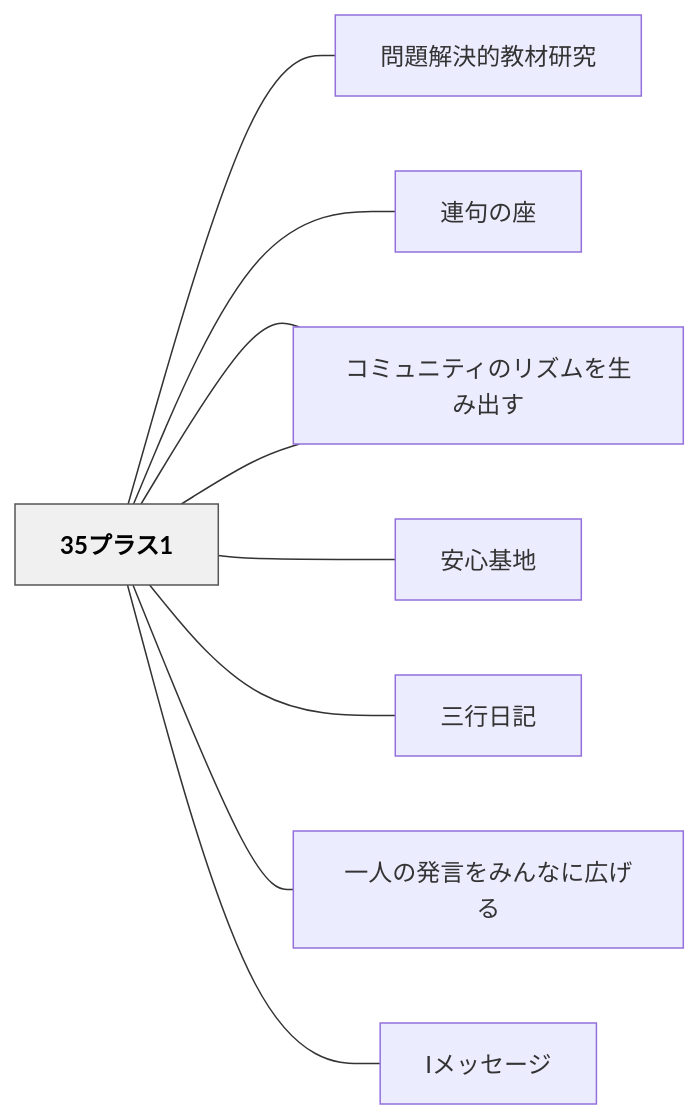
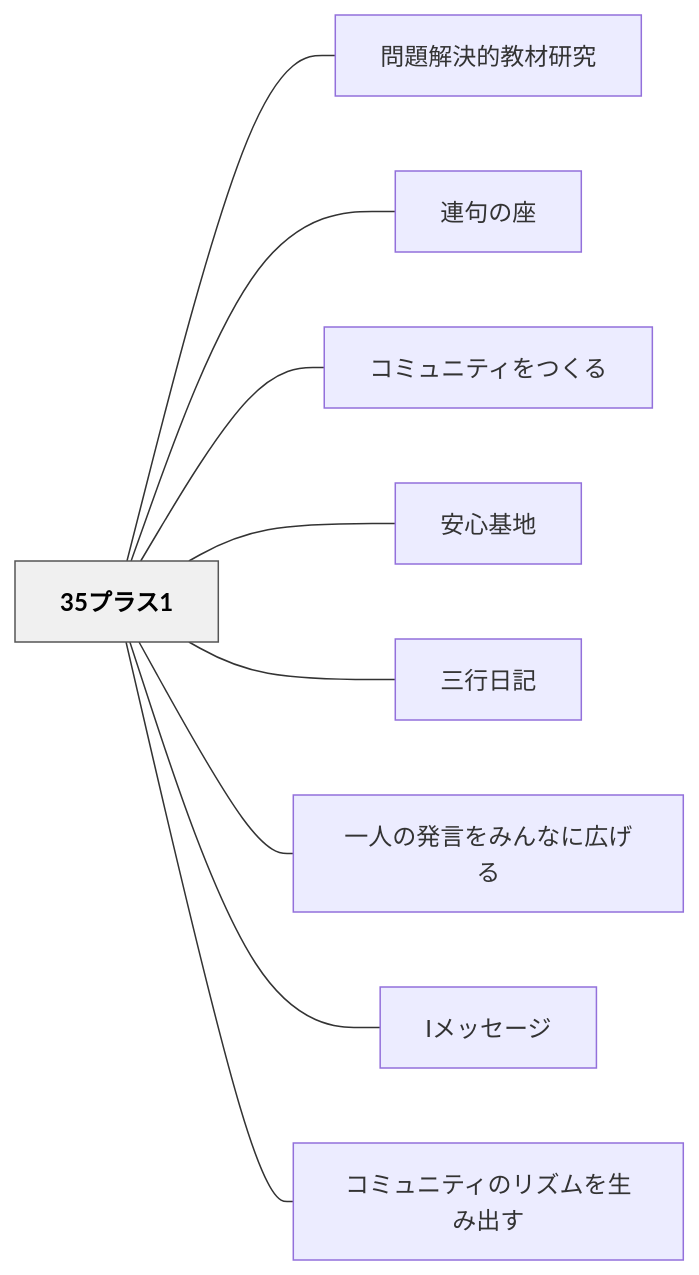
Before and after one commit to unknownthings-ed-patterns/unknownthings-ed-patterns: the diagram in content/パタン/35プラス1.md, drawn with Mermaid. The commit also changed 527 other files, not shown here.

````diff
--- a/content/パタン/35プラス1.md
+++ b/content/パタン/35プラス1.md
@@ -81,24 +81,24 @@
 ```mermaid
 flowchart LR
-    n3335e38397e3["35プラス1"]
-    ne5958fe9a18c["問題解決的教材研究"]
-    ne980a3e58fa5["連句の座"]
-    ne382b3e3839f["コミュニティをつくる"]
-    ne5ae89e5bf83["安心基地"]
-    ne4b889e8a18c["三行日記"]
-    ne4b880e4baba["一人の発言をみんなに広げる"]
-    n49e383a1e383["Iメッセージ"]
-    ne382b3e3839f["コミュニティのリズムを生み出す"]
+    n3335e38397e383a9e382b931["35プラス1"]
+    ne5958fe9a18ce8a7a3e6b1bae79a84e69599e69d90e7a094e7a9b6["問題解決的教材研究"]
+    ne980a3e58fa5e381aee5baa7["連句の座"]
+    ne382b3e3839fe383a5e3838be38386e382a3e38292e381a4e3818fe3828b["コミュニティをつくる"]
+    ne5ae89e5bf83e59fbae59cb0["安心基地"]
+    ne4b889e8a18ce697a5e8a898["三行日記"]
+    ne4b880e4babae381aee799bae8a880e38292e381bfe38293e381aae381abe5ba83e38192e3828b["一人の発言をみんなに広げる"]
+    n49e383a1e38383e382bbe383bce382b8["Iメッセージ"]
+    ne382b3e3839fe383a5e3838be38386e382a3e381aee383aae382bae383a0e38292e7949fe381bfe587bae38199["コミュニティのリズムを生み出す"]
 
-    n3335e38397e3 --- ne5958fe9a18c
-    n3335e38397e3 --- ne980a3e58fa5
-    n3335e38397e3 --- ne382b3e3839f
-    n3335e38397e3 --- ne5ae89e5bf83
-    n3335e38397e3 --- ne4b889e8a18c
-    n3335e38397e3 --- ne4b880e4baba
-    n3335e38397e3 --- n49e383a1e383
-    n3335e38397e3 --- ne382b3e3839f
+    n3335e38397e383a9e382b931 --- ne5958fe9a18ce8a7a3e6b1bae79a84e69599e69d90e7a094e7a9b6
+    n3335e38397e383a9e382b931 --- ne980a3e58fa5e381aee5baa7
+    n3335e38397e383a9e382b931 --- ne382b3e3839fe383a5e3838be38386e382a3e38292e381a4e3818fe3828b
+    n3335e38397e383a9e382b931 --- ne5ae89e5bf83e59fbae59cb0
+    n3335e38397e383a9e382b931 --- ne4b889e8a18ce697a5e8a898
+    n3335e38397e383a9e382b931 --- ne4b880e4babae381aee799bae8a880e38292e381bfe38293e381aae381abe5ba83e38192e3828b
+    n3335e38397e383a9e382b931 --- n49e383a1e38383e382bbe383bce382b8
+    n3335e38397e383a9e382b931 --- ne382b3e3839fe383a5e3838be38386e382a3e381aee383aae382bae383a0e38292e7949fe381bfe587bae38199
 
     classDef hub fill:#f0f0f0,stroke:#555,color:#000,font-weight:bold
-    class n3335e38397e3 hub
+    class n3335e38397e383a9e382b931 hub
 ```
````
